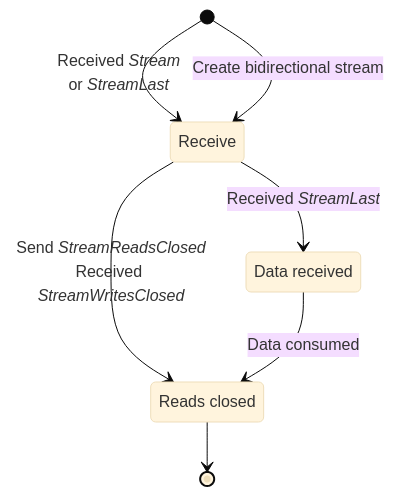
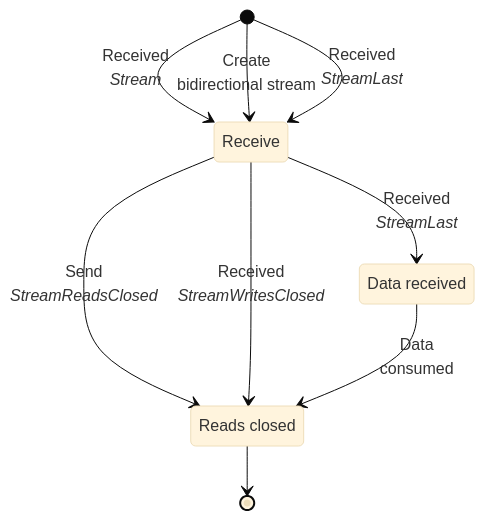
Before and after one commit to icerpc/icerpc-docs: the second of 2 diagrams in pages/icerpc/slic-transport/streams.md, drawn with Mermaid (base theme). The commit also changed other lines of this file, not shown here.

Commit message:
Got rid of OR in the transitions

````diff
--- a/pages/icerpc/slic-transport/streams.md
+++ b/pages/icerpc/slic-transport/streams.md
@@ -90,11 +92,13 @@
 ```mermaid
 stateDiagram
     ReadsClosed : Reads closed
     DataReceived: Data received
-    [*] --> Receive: <center>Received <i>Stream</i><br />or <i>StreamLast</i></center>
-    [*] --> Receive: Create bidirectional stream
-    Receive --> ReadsClosed: <center>Send <i>StreamReadsClosed</i><br />Received <i>StreamWritesClosed</i></center>
-    Receive --> DataReceived: Received <i>StreamLast</i>
-    DataReceived --> ReadsClosed: Data consumed
+    [*] --> Receive: <center>Received<br/><i>Stream</i></center>
+    [*] --> Receive: <center>Create<br/>bidirectional stream</center>
+    [*] --> Receive: <center>Received<br/><i>StreamLast</i></center>
+    Receive --> ReadsClosed: <center>Send<br/><i>StreamReadsClosed</i></center>
+    Receive --> ReadsClosed: <center>Received<br/><i>StreamWritesClosed</i></center>
+    Receive --> DataReceived: <center>Received<br/><i>StreamLast</i></center>
+    DataReceived --> ReadsClosed: <center>Data<br/>consumed</center>
     ReadsClosed --> [*]
 ```
````
